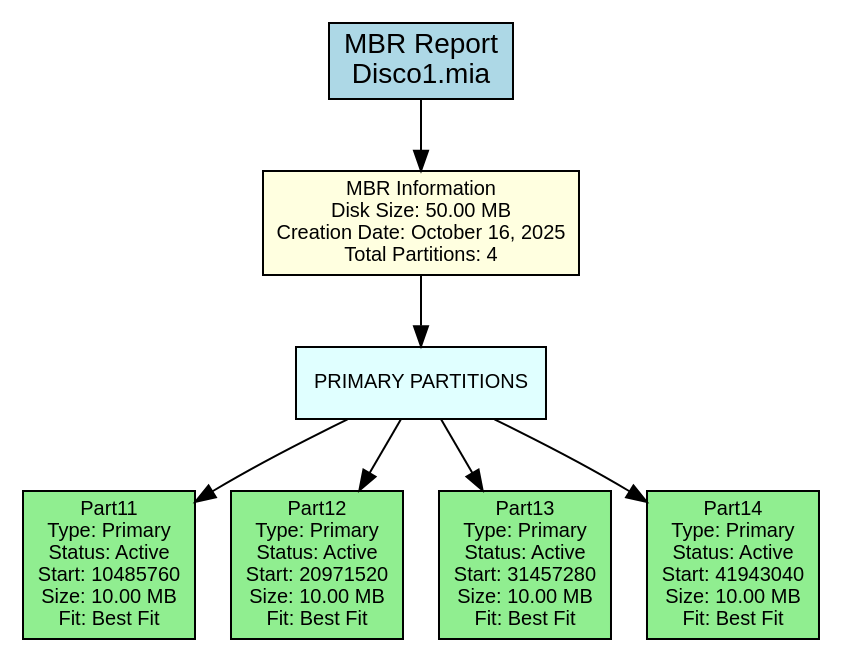
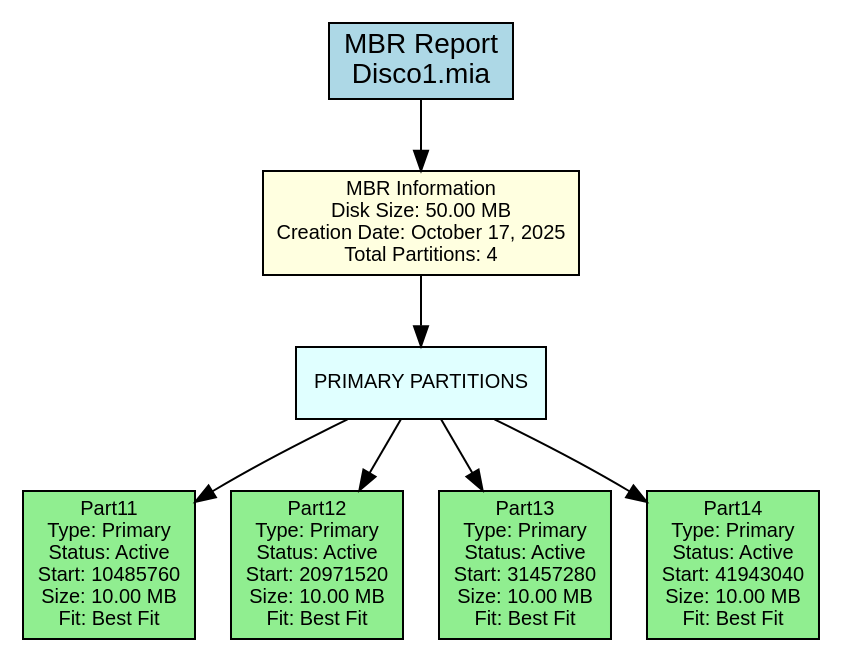
Before and after one commit to DiegVas/MIA_2S2025_P2_202300638: the diagram in backend/provider/reports/src/mbr_381A.dot, drawn with Graphviz. The commit also changed 14 other files, not shown here.

```diff
--- a/backend/provider/reports/src/mbr_381A.dot
+++ b/backend/provider/reports/src/mbr_381A.dot
@@ -1,24 +1,24 @@
 digraph MBR_Report {
     rankdir=TB;
     node [shape=box, style=filled];
     graph [fontname="Arial", fontsize=12];
     node [fontname="Arial", fontsize=10];
     edge [fontname="Arial"];
 
     title [label="MBR Report\nDisco1.mia", fillcolor=lightblue, fontsize=14];
 
-    mbr_info [label="MBR Information\nDisk Size: 50.00 MB\nCreation Date: October 16, 2025\nTotal Partitions: 4", fillcolor=lightyellow];
+    mbr_info [label="MBR Information\nDisk Size: 50.00 MB\nCreation Date: October 17, 2025\nTotal Partitions: 4", fillcolor=lightyellow];
 
     primary_section [label="PRIMARY PARTITIONS", shape=box, style=filled, fillcolor=lightcyan];
     primary_0 [label="Part11\nType: Primary\nStatus: Active\nStart: 10485760\nSize: 10.00 MB\nFit: Best Fit", fillcolor=lightgreen];
     primary_section -> primary_0;
     primary_1 [label="Part12\nType: Primary\nStatus: Active\nStart: 20971520\nSize: 10.00 MB\nFit: Best Fit", fillcolor=lightgreen];
     primary_section -> primary_1;
     primary_2 [label="Part13\nType: Primary\nStatus: Active\nStart: 31457280\nSize: 10.00 MB\nFit: Best Fit", fillcolor=lightgreen];
     primary_section -> primary_2;
     primary_3 [label="Part14\nType: Primary\nStatus: Active\nStart: 41943040\nSize: 10.00 MB\nFit: Best Fit", fillcolor=lightgreen];
     primary_section -> primary_3;
 
     title -> mbr_info;
     mbr_info -> primary_section;
 }
```
